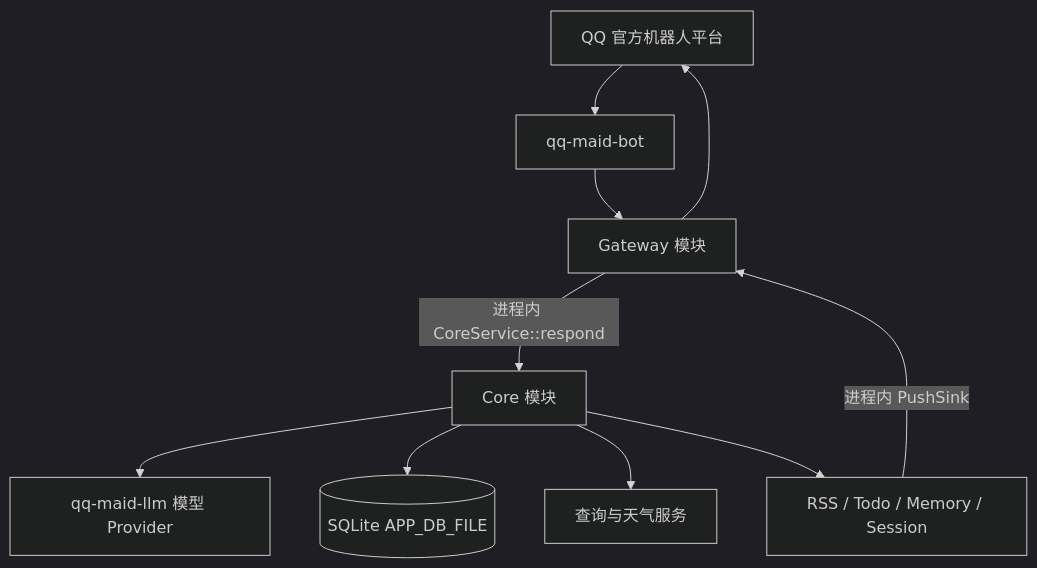
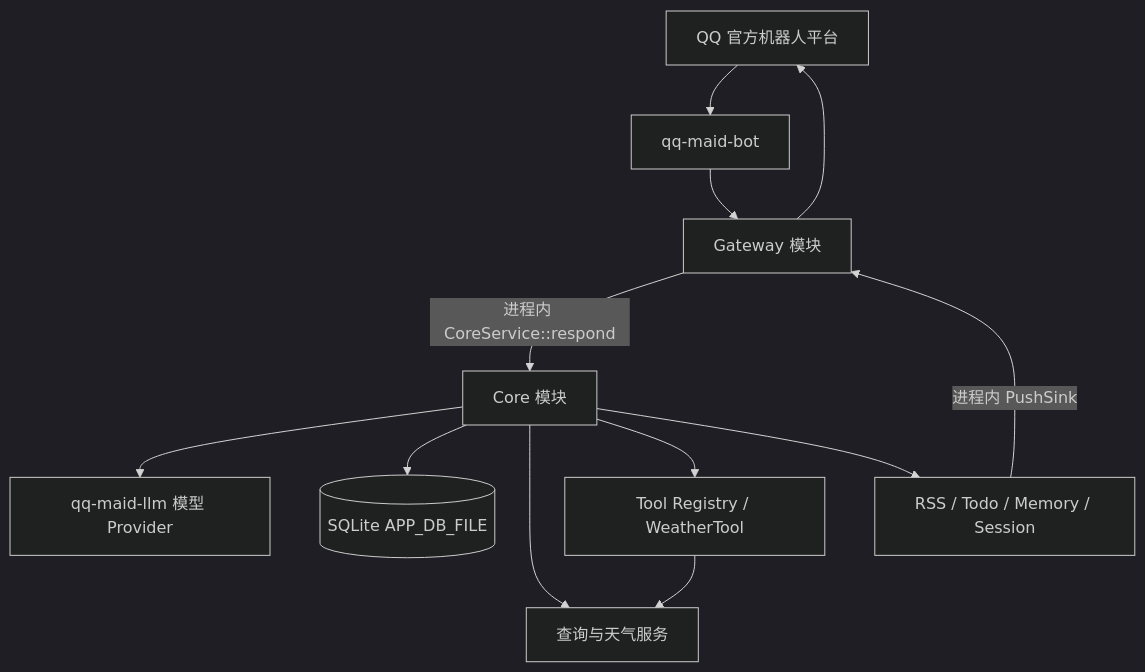
One commit to kuliantnt/qq-maid-bot changed the diagram in README.md. Above: the diagram before and after it, drawn with Mermaid (dark theme). The commit also changed other lines of this file and 7 other files, not shown here.

````diff
--- a/README.md
+++ b/README.md
@@ -227,12 +236,14 @@
 ```mermaid
 graph TD
     A[QQ 官方机器人平台] --> B[qq-maid-bot]
     B --> C[Gateway 模块]
     C -->|进程内 CoreService::respond| D[Core 模块]
     D --> E[qq-maid-llm 模型 Provider]
     D --> F[(SQLite APP_DB_FILE)]
     D --> G[查询与天气服务]
+    D --> I[Tool Registry / WeatherTool]
+    I --> G
     D --> H[RSS / Todo / Memory / Session]
     H -->|进程内 PushSink| C
     C --> A
 ```
````
